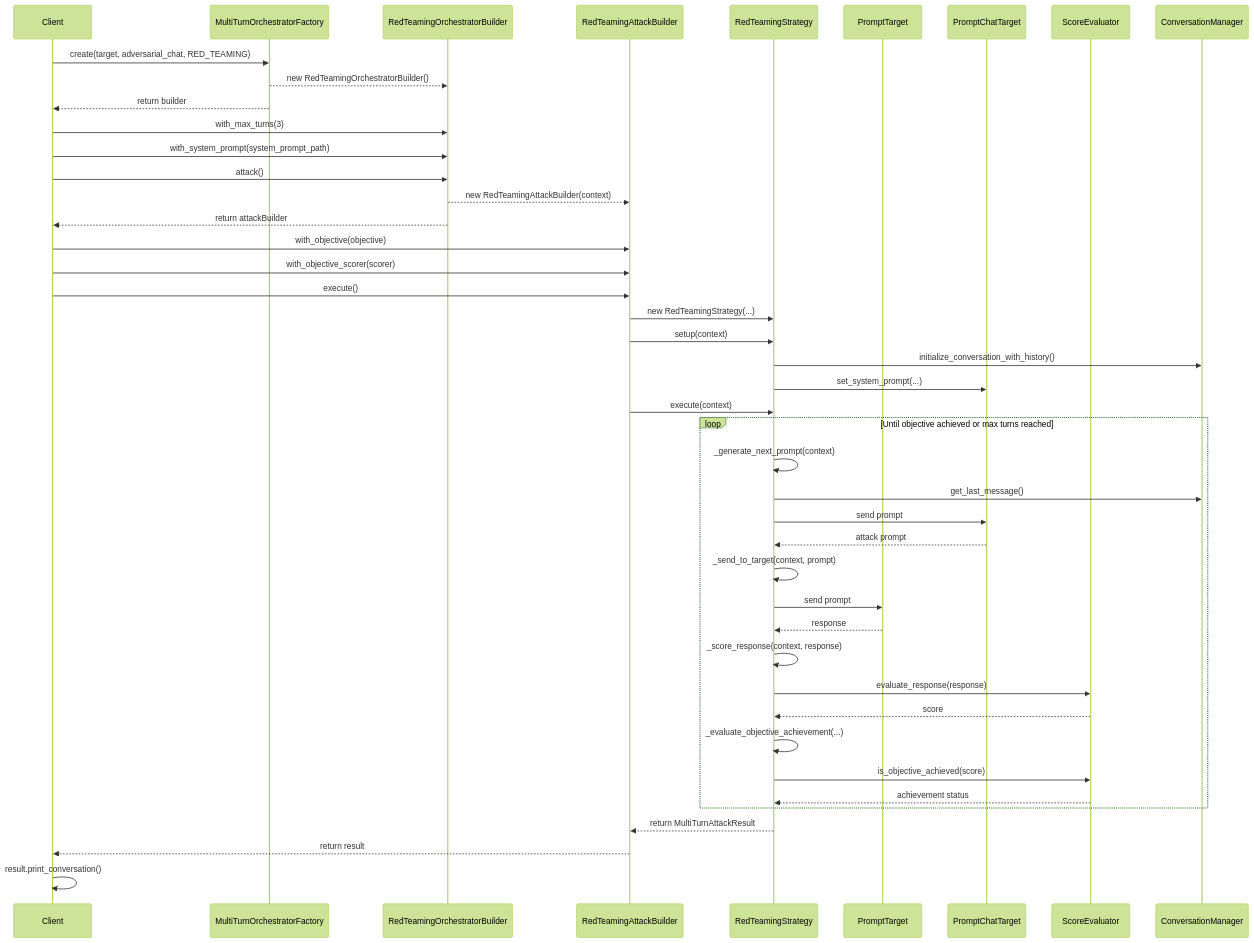
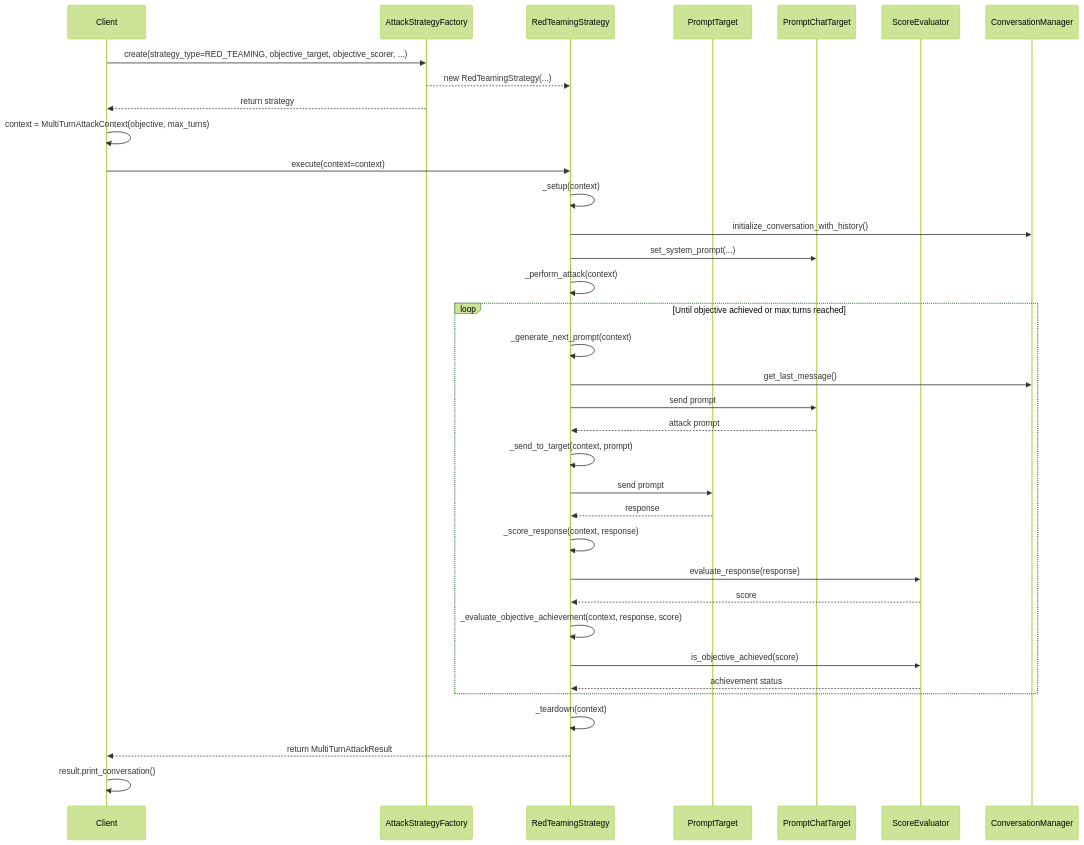
Before and after one commit to Azure/PyRIT: the diagram in pyrit/orchestratorv3/diagrams/red_teaming_attack.mmd, drawn with Mermaid (forest theme). The commit also changed 32 other files, not shown here.

```diff
--- a/pyrit/orchestratorv3/diagrams/red_teaming_attack.mmd
+++ b/pyrit/orchestratorv3/diagrams/red_teaming_attack.mmd
@@ -1,56 +1,45 @@
 sequenceDiagram
     participant Client
-    participant Factory as MultiTurnOrchestratorFactory
-    participant Builder as RedTeamingOrchestratorBuilder
-    participant AttackBuilder as RedTeamingAttackBuilder
+    participant Factory as AttackStrategyFactory
     participant Strategy as RedTeamingStrategy
     participant Target as PromptTarget
     participant AdversarialChat as PromptChatTarget
     participant ScoreEval as ScoreEvaluator
     participant ConvManager as ConversationManager
     
-    Client->>Factory: create(target, adversarial_chat, RED_TEAMING)
-    Factory-->>Builder: new RedTeamingOrchestratorBuilder()
-    Factory-->>Client: return builder
+    Client->>Factory: create(strategy_type=RED_TEAMING, objective_target, objective_scorer, ...)
+    Factory-->>Strategy: new RedTeamingStrategy(...)
+    Factory-->>Client: return strategy
     
-    Client->>Builder: with_max_turns(3)
-    Client->>Builder: with_system_prompt(system_prompt_path)
-    Client->>Builder: attack()
-    Builder-->>AttackBuilder: new RedTeamingAttackBuilder(context)
-    Builder-->>Client: return attackBuilder
+    Client->>Client: context = MultiTurnAttackContext(objective, max_turns)
+    Client->>Strategy: execute(context=context)
     
-    Client->>AttackBuilder: with_objective(objective)
-    Client->>AttackBuilder: with_objective_scorer(scorer)
-    Client->>AttackBuilder: execute()
-    
-    AttackBuilder->>Strategy: new RedTeamingStrategy(...)
-    AttackBuilder->>Strategy: setup(context)
-    
+    Strategy->>Strategy: _setup(context)
     Strategy->>ConvManager: initialize_conversation_with_history()
     Strategy->>AdversarialChat: set_system_prompt(...)
     
-    AttackBuilder->>Strategy: execute(context)
+    Strategy->>Strategy: _perform_attack(context)
     
     loop Until objective achieved or max turns reached
         Strategy->>Strategy: _generate_next_prompt(context)
         Strategy->>ConvManager: get_last_message()
         Strategy->>AdversarialChat: send prompt
         AdversarialChat-->>Strategy: attack prompt
         
         Strategy->>Strategy: _send_to_target(context, prompt)
         Strategy->>Target: send prompt
         Target-->>Strategy: response
         
         Strategy->>Strategy: _score_response(context, response)
         Strategy->>ScoreEval: evaluate_response(response)
         ScoreEval-->>Strategy: score
         
-        Strategy->>Strategy: _evaluate_objective_achievement(...)
+        Strategy->>Strategy: _evaluate_objective_achievement(context, response, score)
         Strategy->>ScoreEval: is_objective_achieved(score)
         ScoreEval-->>Strategy: achievement status
     end
     
-    Strategy-->>AttackBuilder: return MultiTurnAttackResult
-    AttackBuilder-->>Client: return result
+    Strategy->>Strategy: _teardown(context)
+    Strategy-->>Client: return MultiTurnAttackResult
     
     Client->>Client: result.print_conversation()
```
